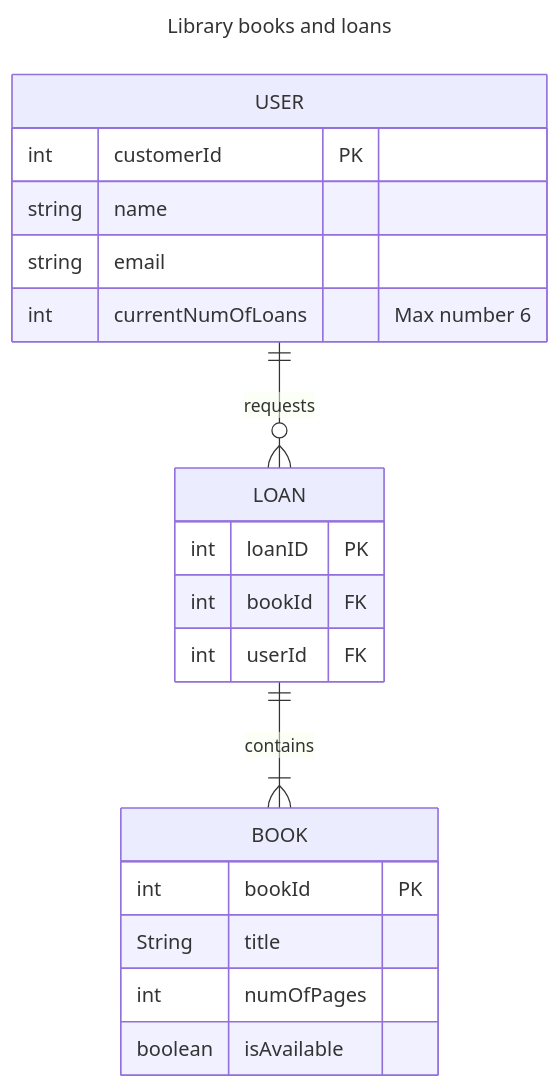
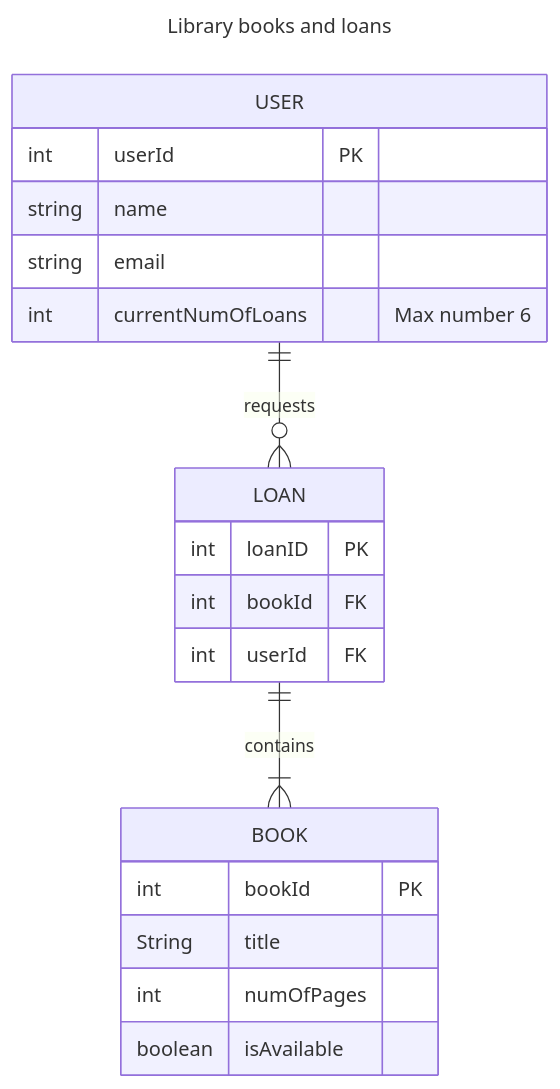
Before and after one commit to boolean-uk/java-data-modelling: the fourth of 4 diagrams in ER-diagram.md, drawn with Mermaid.

Commit message:
Add Extension part - University Library

````diff
--- a/ER-diagram.md
+++ b/ER-diagram.md
@@ -131,25 +131,25 @@
 ```mermaid
 ---
     title: Library books and loans
 ---
 erDiagram
     USER ||--o{ LOAN : requests
     USER {
-        int customerId PK
+        int userId PK
         string name
         string email
         int currentNumOfLoans "Max number 6"
     }
     LOAN ||--|{ BOOK : contains
     LOAN {
         int loanID PK
         int bookId FK
         int userId FK
     }
     BOOK {
         int bookId PK
         String title
         int numOfPages
         boolean isAvailable
     }
 ```
````
